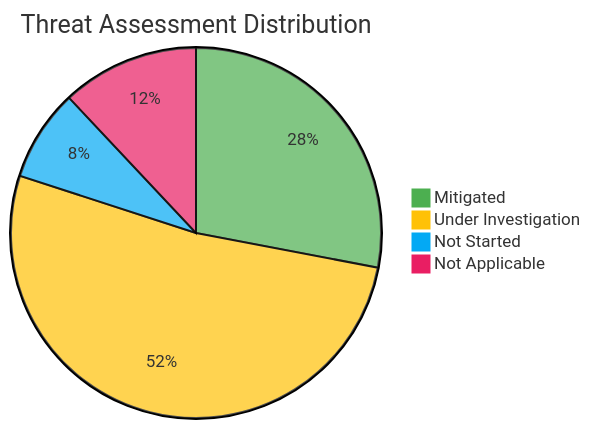
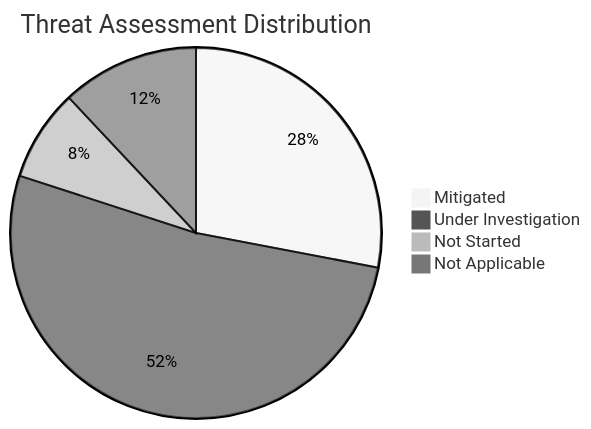
The diagram in DFD.md (gprasanthi9/Debug-Squad-Seafile), drawn with Mermaid before and after one commit.

````diff
--- a/DFD.md
+++ b/DFD.md
@@ -62,9 +62,9 @@
 ```mermaid
-%%{init: {'theme': 'base', 'themeVariables': {'background': '#ffffff', 'pie1': '#4CAF50', 'pie2': '#FFC107', 'pie3': '#03A9F4', 'pie4': '#E91E63'}}}%%
+%%{init: {'theme': 'neutral'}}%%
 pie
     title Threat Assessment Distribution
     "Mitigated" : 21
     "Under Investigation" : 39
     "Not Started" : 6
     "Not Applicable" : 9
 ```
````
